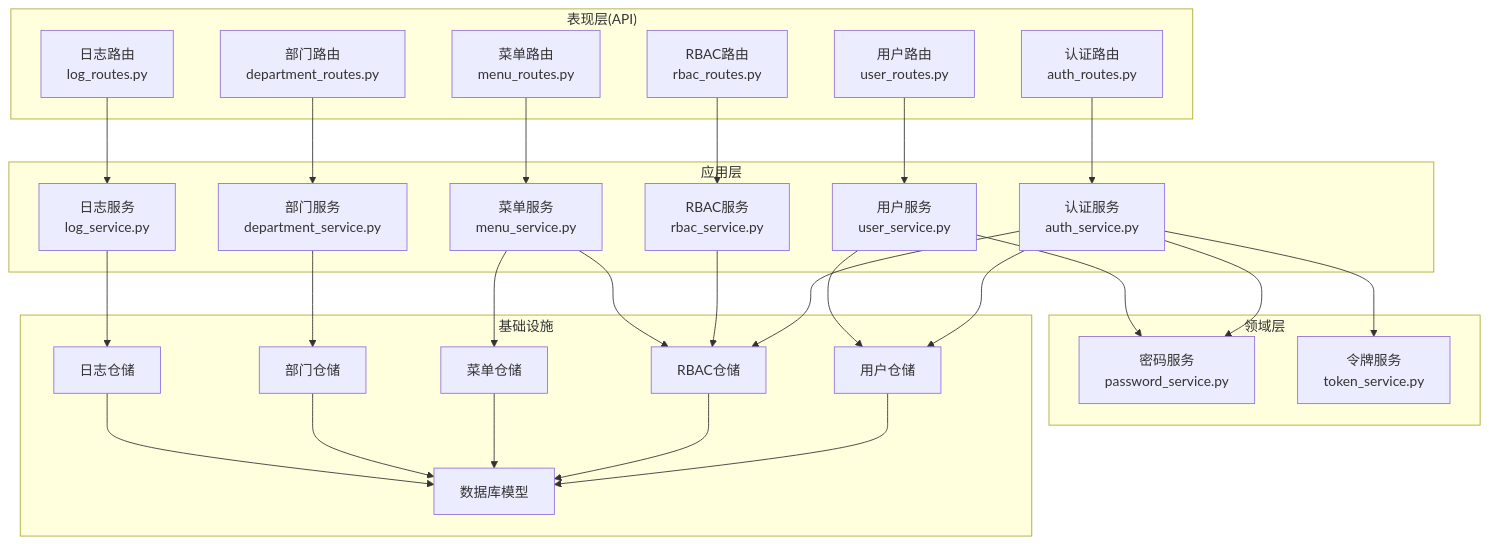
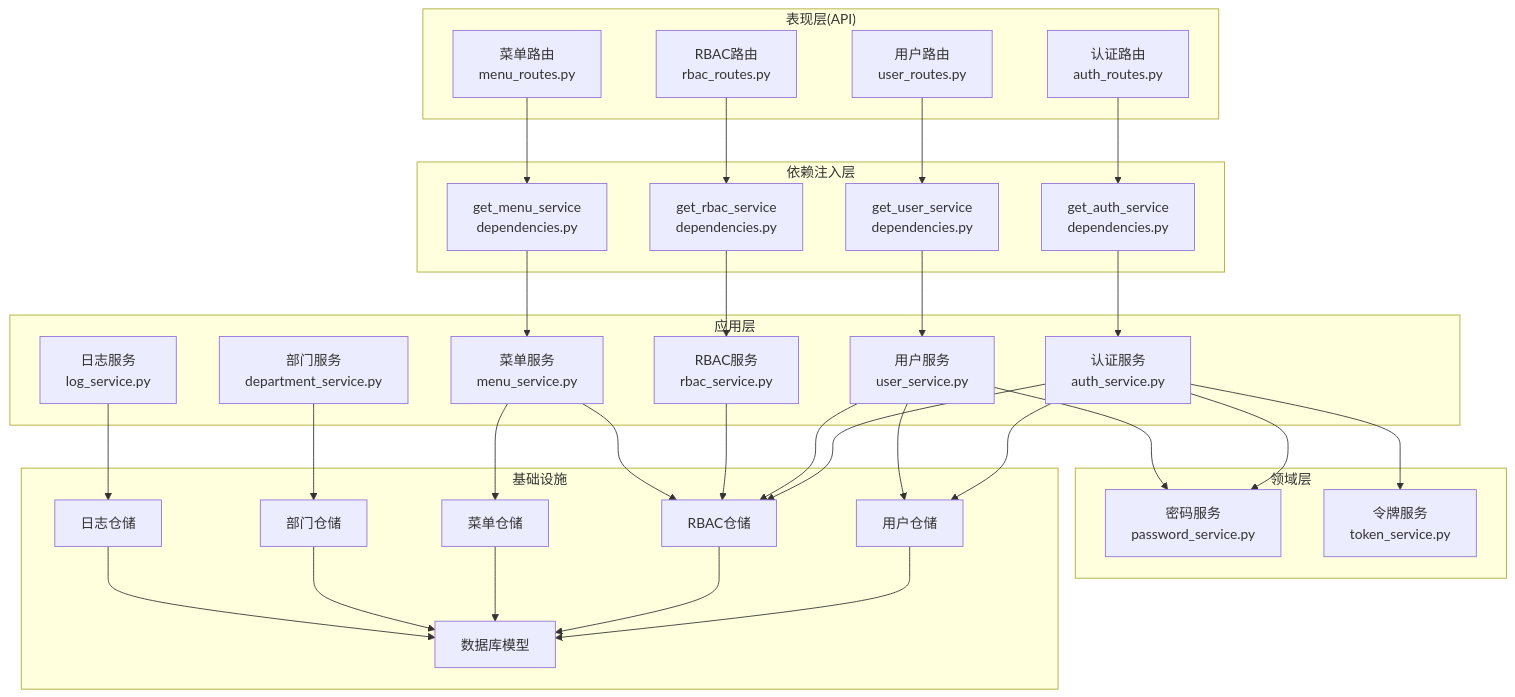
One commit to taoweidong/Hello-FastApi changed the first of 7 diagrams in .qoder/repowiki/zh/content/后端架构设计/DDD 分层架构详解/应用层（Services）.md. Above: the diagram before and after it, drawn with Mermaid. The commit also changed other lines of this file and 18 other files, not shown here.

````diff
--- a/.qoder/repowiki/zh/content/后端架构设计/DDD 分层架构详解/应用层（Services）.md
+++ b/.qoder/repowiki/zh/content/后端架构设计/DDD 分层架构详解/应用层（Services）.md
@@ -62,53 +62,60 @@
 ```mermaid
 graph TB
 subgraph "表现层(API)"
 RAuth["认证路由<br/>auth_routes.py"]
 RUser["用户路由<br/>user_routes.py"]
 RRbac["RBAC路由<br/>rbac_routes.py"]
 RMenu["菜单路由<br/>menu_routes.py"]
-RDept["部门路由<br/>department_routes.py"]
-RLog["日志路由<br/>log_routes.py"]
 end
 subgraph "应用层"
 SAuth["认证服务<br/>auth_service.py"]
 SUser["用户服务<br/>user_service.py"]
 SRbac["RBAC服务<br/>rbac_service.py"]
 SMenu["菜单服务<br/>menu_service.py"]
 SDept["部门服务<br/>department_service.py"]
 SLog["日志服务<br/>log_service.py"]
+end
+subgraph "依赖注入层"
+DIAuth["get_auth_service<br/>dependencies.py"]
+DIUser["get_user_service<br/>dependencies.py"]
+DIRbac["get_rbac_service<br/>dependencies.py"]
+DIMenu["get_menu_service<br/>dependencies.py"]
 end
 subgraph "领域层"
 DPass["密码服务<br/>password_service.py"]
 DToken["令牌服务<br/>token_service.py"]
 end
 subgraph "基础设施"
 RepoUser["用户仓储"]
 RepoRbac["RBAC仓储"]
 RepoMenu["菜单仓储"]
 RepoDept["部门仓储"]
 RepoLog["日志仓储"]
 Models["数据库模型"]
 end
-RAuth --> SAuth
-RUser --> SUser
-RRbac --> SRbac
-RMenu --> SMenu
-RDept --> SDept
-RLog --> SLog
+RAuth --> DIAuth
+RUser --> DIUser
+RRbac --> DIRbac
+RMenu --> DIMenu
+DIAuth --> SAuth
+DIUser --> SUser
+DIRbac --> SRbac
+DIMenu --> SMenu
 SAuth --> DPass
 SAuth --> DToken
 SAuth --> RepoUser
 SAuth --> RepoRbac
 SUser --> DPass
 SUser --> RepoUser
+SUser --> RepoRbac
 SRbac --> RepoRbac
 SMenu --> RepoMenu
 SMenu --> RepoRbac
 SDept --> RepoDept
 SLog --> RepoLog
 RepoUser --> Models
 RepoRbac --> Models
 RepoMenu --> Models
 RepoDept --> Models
 RepoLog --> Models
 ```
````
